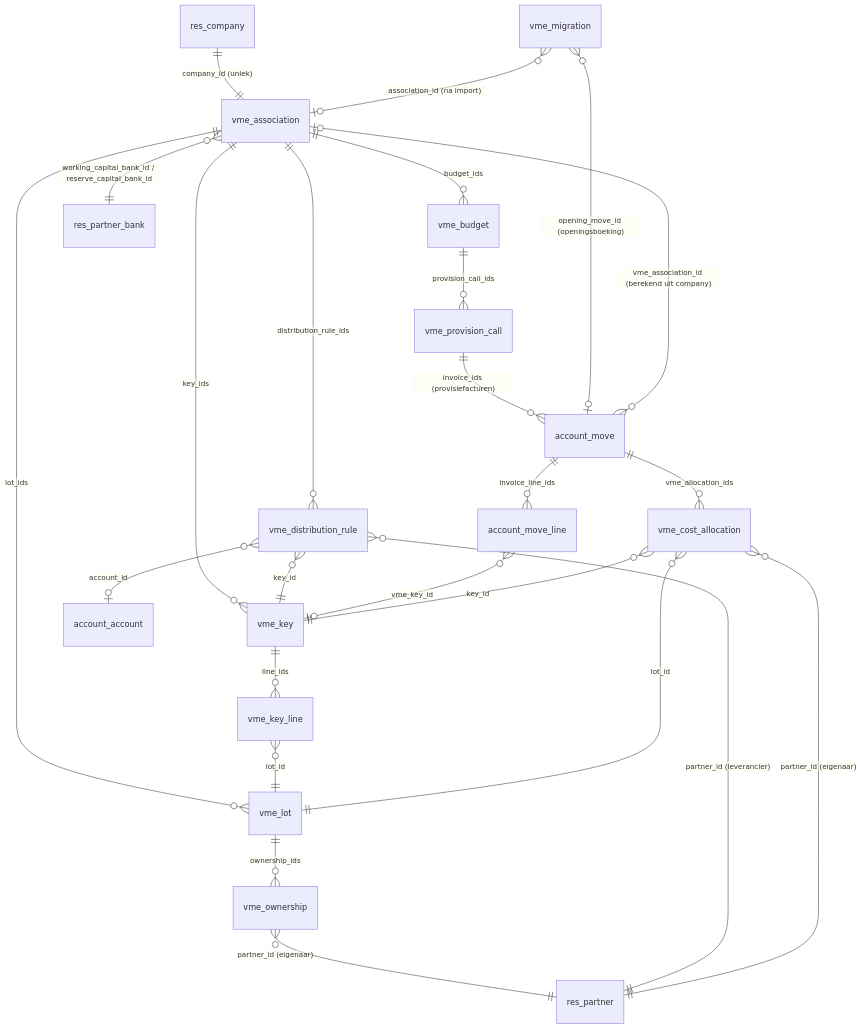
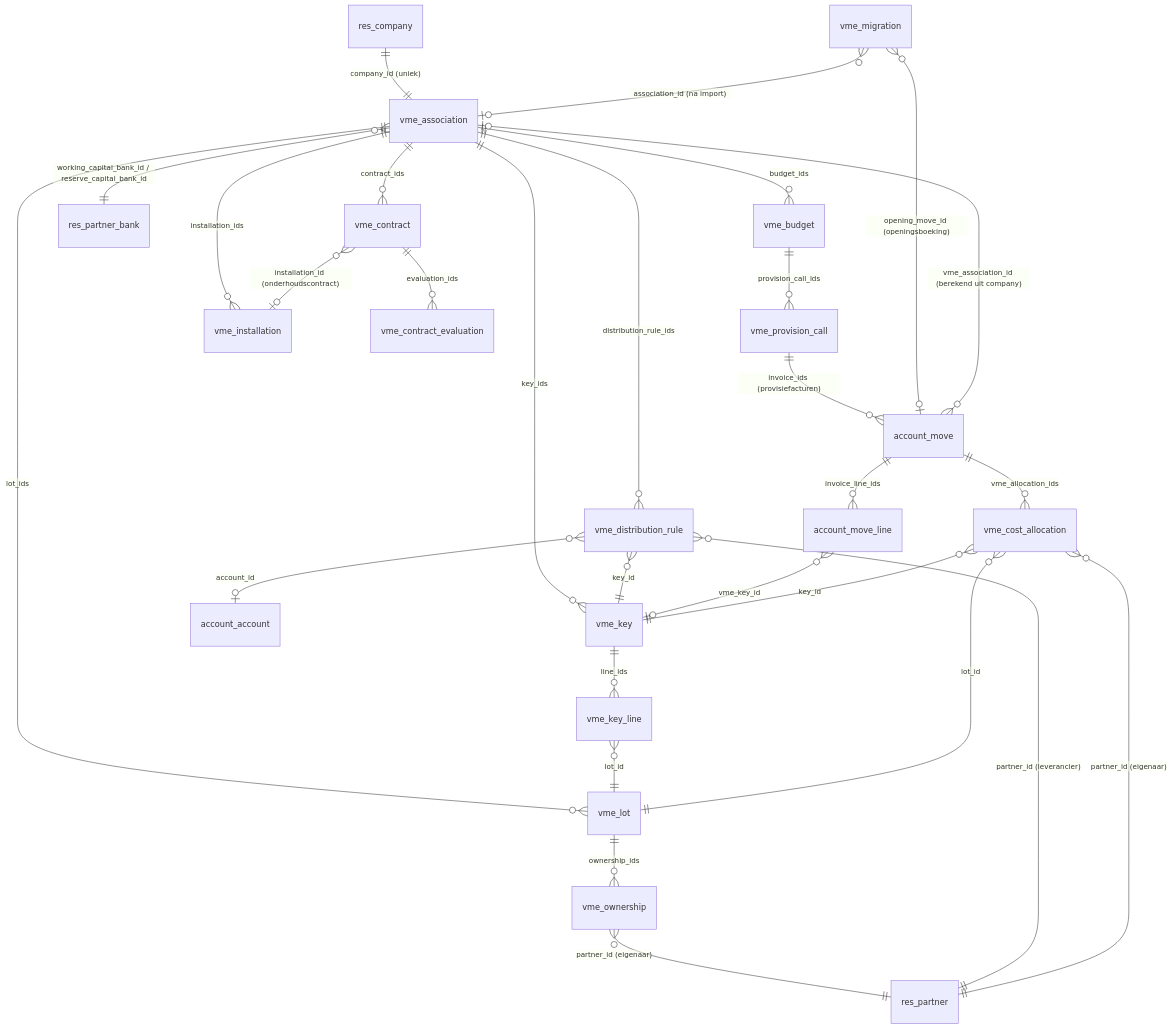
The diagram in docs/dev/datamodel.md (cmaixen/VME-Odoo-Prototype), drawn with Mermaid before and after one commit. The commit also changed other lines of this file and 26 other files, not shown here.

````diff
--- a/docs/dev/datamodel.md
+++ b/docs/dev/datamodel.md
@@ -3,27 +3,31 @@
 ```mermaid
 erDiagram
     res_company ||--|| vme_association : "company_id (uniek)"
     vme_association ||--o{ vme_lot : lot_ids
     vme_association ||--o{ vme_key : key_ids
     vme_association ||--o{ vme_distribution_rule : distribution_rule_ids
     vme_association ||--o{ vme_budget : budget_ids
     vme_association }o--|| res_partner_bank : "working_capital_bank_id / reserve_capital_bank_id"
     vme_key ||--o{ vme_key_line : line_ids
     vme_key_line }o--|| vme_lot : lot_id
     vme_lot ||--o{ vme_ownership : ownership_ids
     vme_ownership }o--|| res_partner : "partner_id (eigenaar)"
     vme_distribution_rule }o--|| res_partner : "partner_id (leverancier)"
     vme_distribution_rule }o--|| vme_key : key_id
     vme_distribution_rule }o--o| account_account : account_id
     vme_budget ||--o{ vme_provision_call : provision_call_ids
     vme_provision_call ||--o{ account_move : "invoice_ids (provisiefacturen)"
     account_move }o--o| vme_association : "vme_association_id (berekend uit company)"
     account_move ||--o{ account_move_line : invoice_line_ids
     account_move_line }o--o| vme_key : vme_key_id
     account_move ||--o{ vme_cost_allocation : vme_allocation_ids
     vme_cost_allocation }o--|| vme_lot : lot_id
     vme_cost_allocation }o--|| res_partner : "partner_id (eigenaar)"
     vme_cost_allocation }o--|| vme_key : key_id
+    vme_association ||--o{ vme_installation : installation_ids
+    vme_association ||--o{ vme_contract : contract_ids
+    vme_contract ||--o{ vme_contract_evaluation : evaluation_ids
+    vme_contract }o--o| vme_installation : "installation_id (onderhoudscontract)"
     vme_migration }o--o| vme_association : "association_id (na import)"
     vme_migration }o--o| account_move : "opening_move_id (openingsboeking)"
 ```
````
